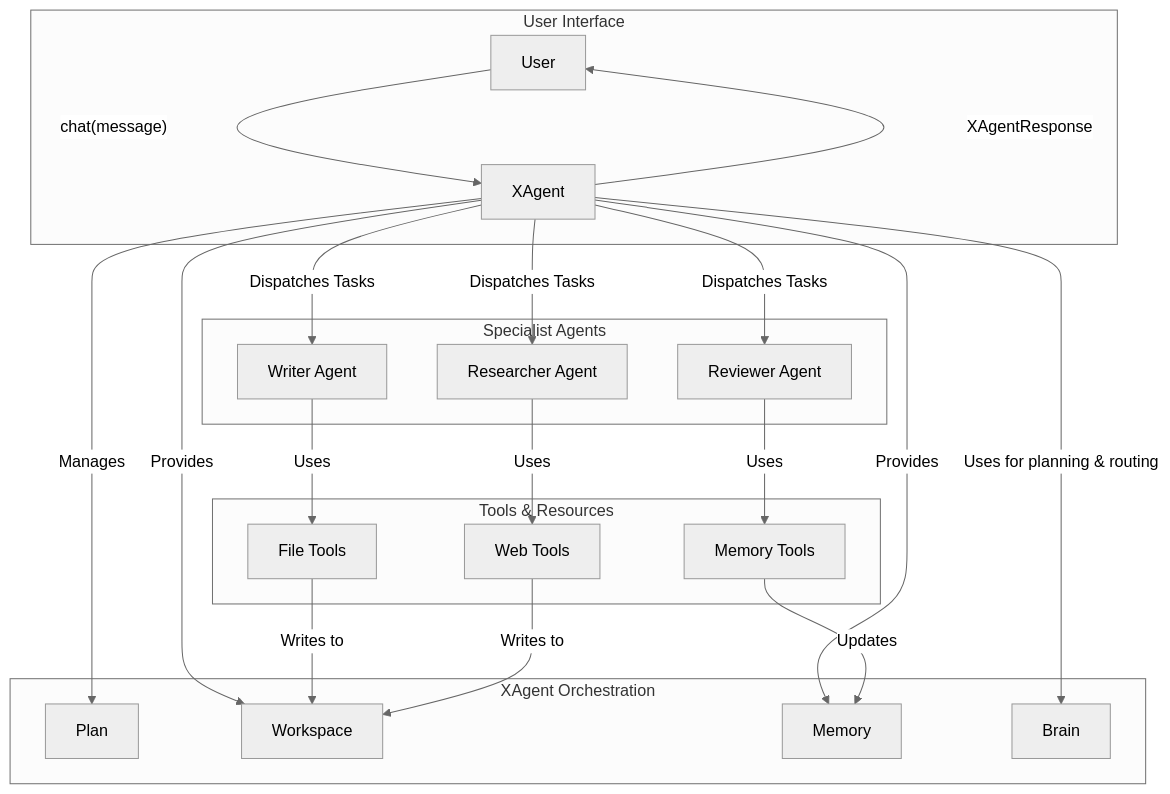
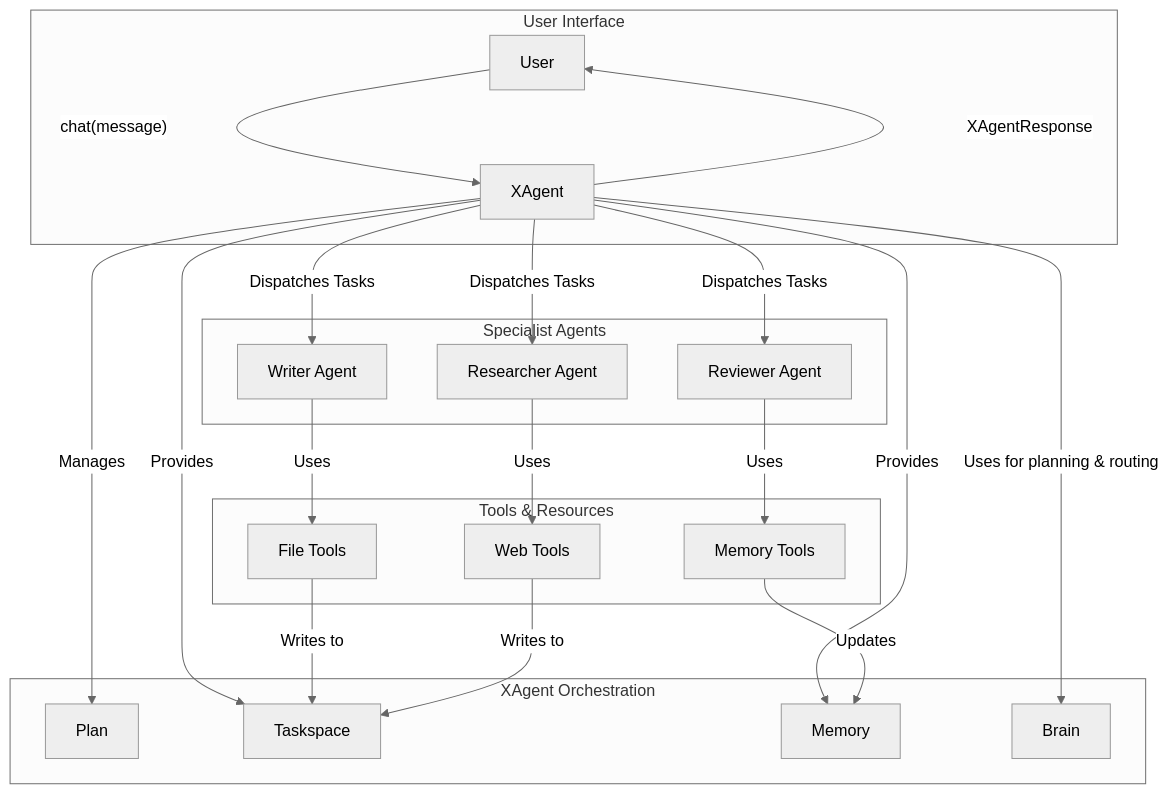
Before and after one commit to dustland/agentx: the diagram in docs/content/docs/design/orchestration.mdx, drawn with Mermaid (neutral theme). The commit also changed other lines of this file and 105 other files, not shown here.

First line of the commit message:
refactor: Rename workspace to taskspace across the project

````diff
--- a/docs/content/docs/design/orchestration.mdx
+++ b/docs/content/docs/design/orchestration.mdx
@@ -20,36 +20,36 @@
 ```mermaid
 graph TD
     subgraph "User Interface"
         User -- "chat(message)" --> XAgent
         XAgent -- "XAgentResponse" --> User
     end
 
     subgraph "XAgent Orchestration"
         XAgent -- "Manages" --> Plan
-        XAgent -- "Provides" --> Workspace
+        XAgent -- "Provides" --> Taskspace
         XAgent -- "Provides" --> Memory
         XAgent -- "Uses for planning & routing" --> Brain
     end
 
     subgraph "Specialist Agents"
         SpecialistAgent1["Writer Agent"]
         SpecialistAgent2["Researcher Agent"]
         SpecialistAgent3["Reviewer Agent"]
     end
 
     subgraph "Tools & Resources"
         Tool1["File Tools"]
         Tool2["Web Tools"]
         Tool3["Memory Tools"]
     end
 
     XAgent -- "Dispatches Tasks" --> SpecialistAgent1
     XAgent -- "Dispatches Tasks" --> SpecialistAgent2
     XAgent -- "Dispatches Tasks" --> SpecialistAgent3
     SpecialistAgent1 -- "Uses" --> Tool1
     SpecialistAgent2 -- "Uses" --> Tool2
     SpecialistAgent3 -- "Uses" --> Tool3
-    Tool1 -- "Writes to" --> Workspace
-    Tool2 -- "Writes to" --> Workspace
+    Tool1 -- "Writes to" --> Taskspace
+    Tool2 -- "Writes to" --> Taskspace
     Tool3 -- "Updates" --> Memory
 ```
````
